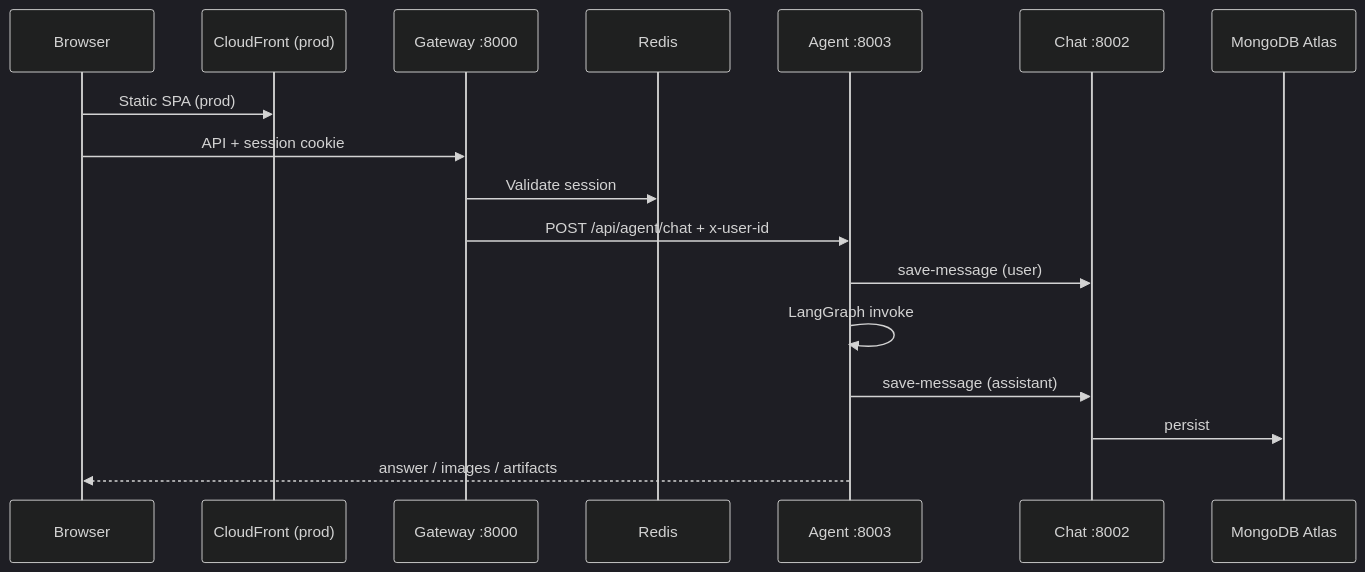
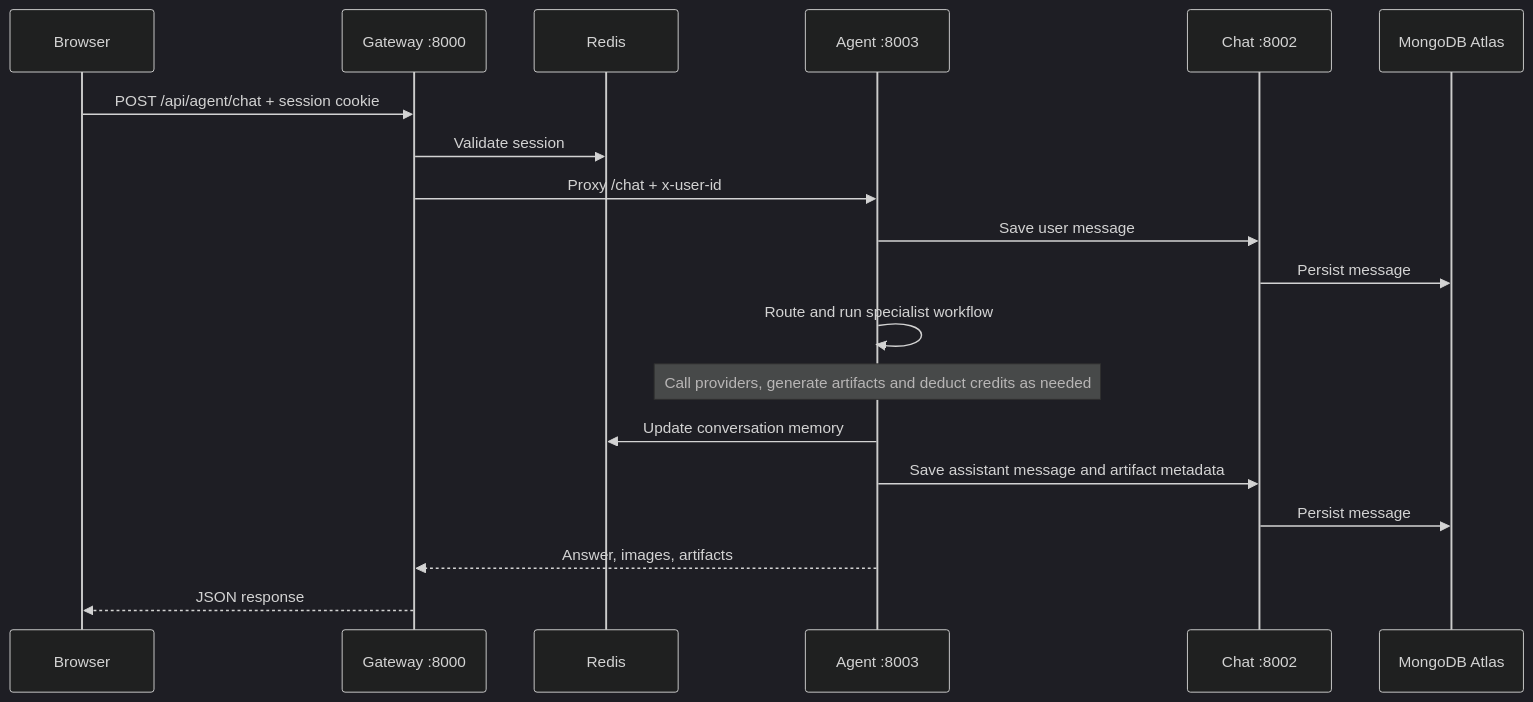
One commit to aamir490/Use-Case-24-NovaMind-AI-LangGraph-Multi-Agent-AWS-Platform changed the diagram in README.md. Above: the diagram before and after it, drawn with Mermaid (dark theme). The commit also changed other lines of this file and 18 other files, not shown here.

Commit message:
docs: refresh README and add numbered AWS architecture poster

````diff
--- a/README.md
+++ b/README.md
@@ -162,19 +81,21 @@
 ```mermaid
 sequenceDiagram
-  participant U as Browser
-  participant CF as CloudFront (prod)
-  participant G as Gateway :8000
-  participant R as Redis
-  participant AG as Agent :8003
-  participant C as Chat :8002
-  participant M as MongoDB Atlas
-  U->>CF: Static SPA (prod)
-  U->>G: API + session cookie
-  G->>R: Validate session
-  G->>AG: POST /api/agent/chat + x-user-id
-  AG->>C: save-message (user)
-  AG->>AG: LangGraph invoke
-  AG->>C: save-message (assistant)
-  C->>M: persist
-  AG-->>U: answer / images / artifacts
+    participant U as Browser
+    participant G as Gateway :8000
+    participant R as Redis
+    participant A as Agent :8003
+    participant C as Chat :8002
+    participant M as MongoDB Atlas
+    U->>G: POST /api/agent/chat + session cookie
+    G->>R: Validate session
+    G->>A: Proxy /chat + x-user-id
+    A->>C: Save user message
+    C->>M: Persist message
+    A->>A: Route and run specialist workflow
+    Note over A: Call providers, generate artifacts and deduct credits as needed
+    A->>R: Update conversation memory
+    A->>C: Save assistant message and artifact metadata
+    C->>M: Persist message
+    A-->>G: Answer, images, artifacts
+    G-->>U: JSON response
 ```
````
